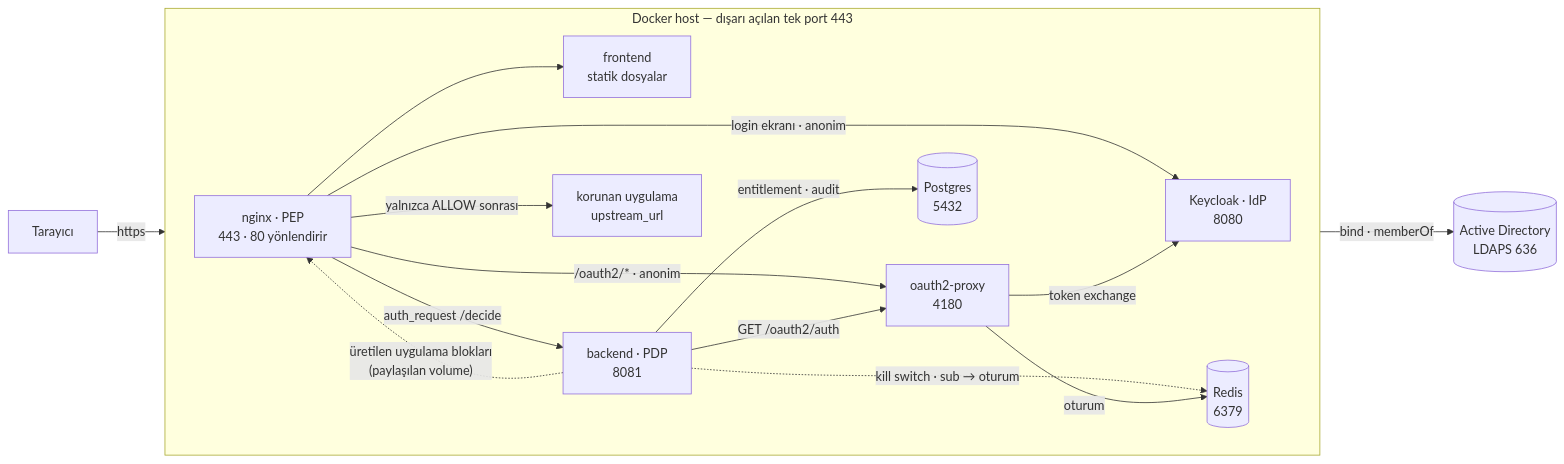
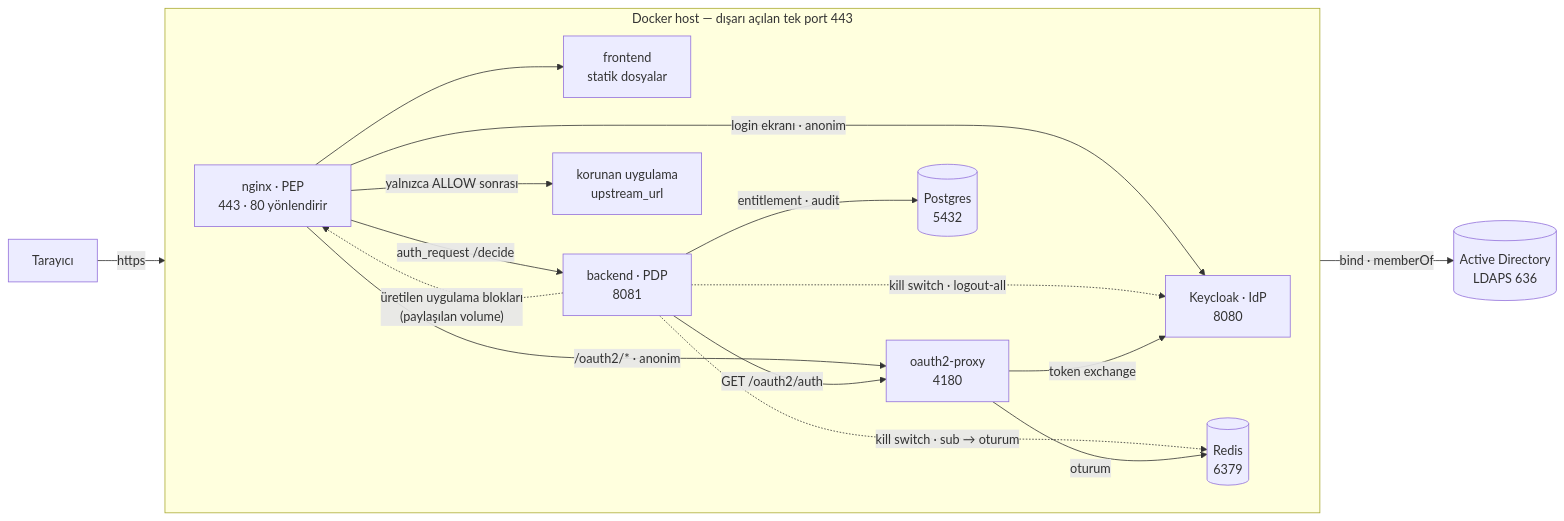
Before and after one commit to murat-akpinar/OpenBerat: the diagram in README_TR.md, drawn with Mermaid. The commit also changed 19 other files, not shown here.

````diff
--- a/README_TR.md
+++ b/README_TR.md
@@ -47,32 +47,33 @@
 ```mermaid
 flowchart LR
     browser["Tarayıcı"]
 
     subgraph host["Docker host — dışarı açılan tek port 443"]
         direction LR
         nginx["nginx · PEP<br>443 · 80 yönlendirir"]
         frontend["frontend<br>statik dosyalar"]
         backend["backend · PDP<br>8081"]
         o2p["oauth2-proxy<br>4180"]
         kc["Keycloak · IdP<br>8080"]
         pg[("Postgres<br>5432")]
         redis[("Redis<br>6379")]
         app["korunan uygulama<br>upstream_url"]
     end
 
     ad[("Active Directory<br>LDAPS 636")]
 
     browser -->|https| nginx
     nginx --> frontend
     nginx -->|"auth_request /decide"| backend
     nginx -->|"/oauth2/* · anonim"| o2p
     nginx -->|"login ekranı · anonim"| kc
     nginx -->|"yalnızca ALLOW sonrası"| app
     backend -->|"GET /oauth2/auth"| o2p
     backend -->|"entitlement · audit"| pg
     backend -.->|"kill switch · sub → oturum"| redis
+    backend -.->|"kill switch · logout-all"| kc
     backend -.->|"üretilen uygulama blokları<br>(paylaşılan volume)"| nginx
     o2p -->|oturum| redis
     o2p -->|"token exchange"| kc
     kc -->|"bind · memberOf"| ad
 ```
````
